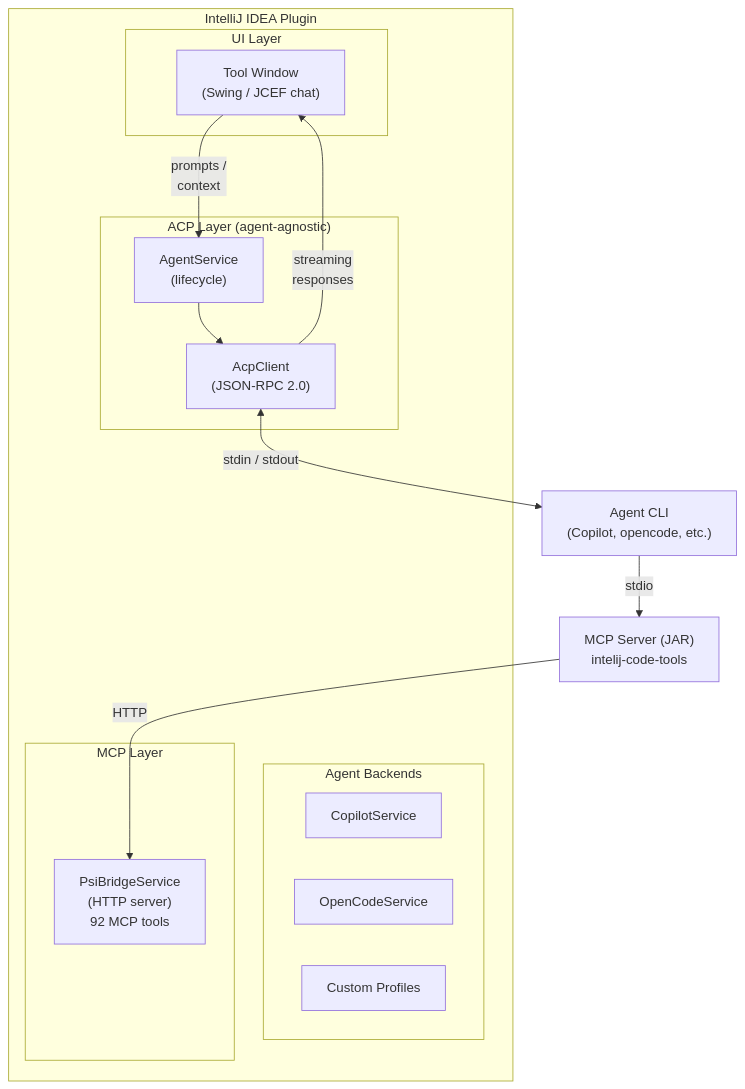
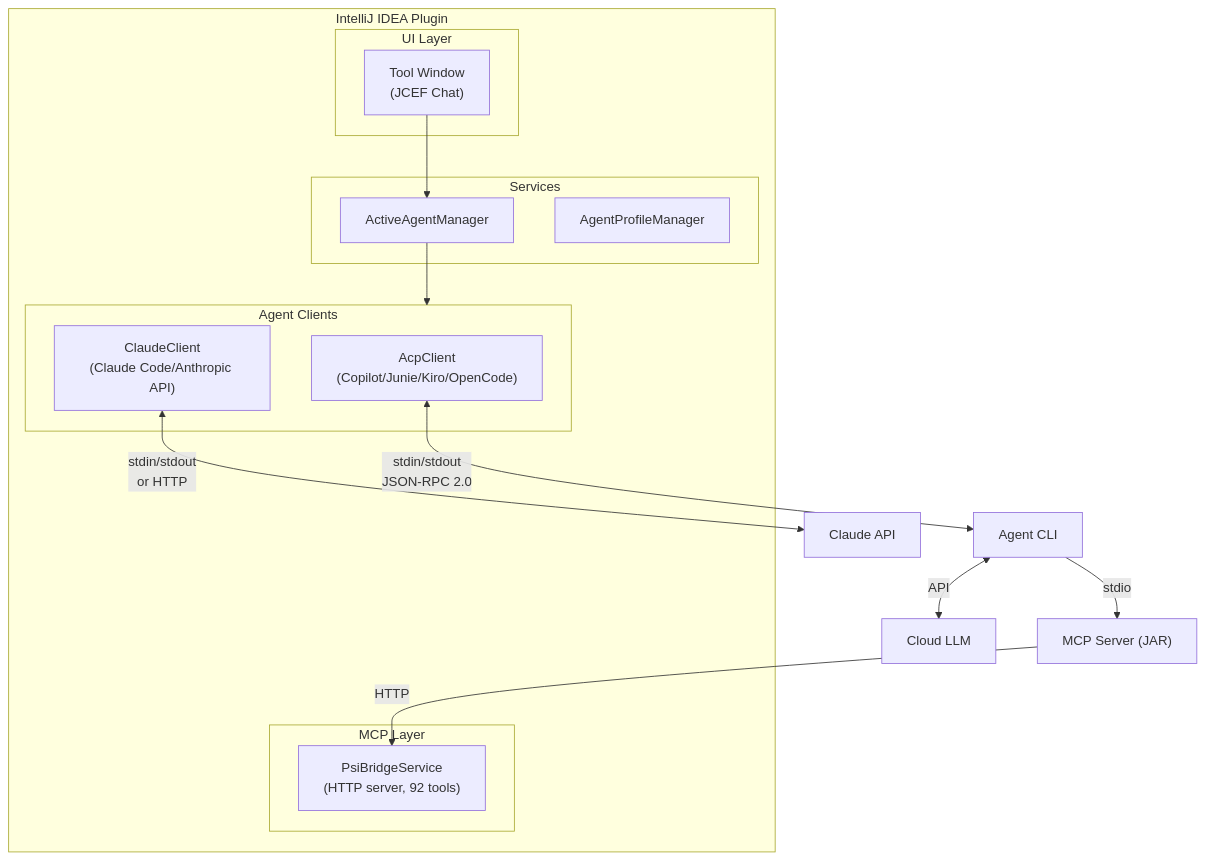
The diagram in README.md (catatafishen/ide-agent-for-copilot), drawn with Mermaid before and after one commit. The commit also changed other lines of this file and 1 other file, not shown here.

Commit message:
docs: convert diagrams to mermaid, fix tool call flow
- Convert ASCII diagrams to mermaid in docs/ARCHITECTURE.md
- Fix incorrect MCP Server → Cloud LLM connection
- Show correct round-trip: Agent CLI ↔ Cloud LLM, CLI → MCP → PSI
- Add Tool Call Round-Trip sequence diagram
- Update README.md architecture diagram to match actual classes
- Remove fictional service names (AgentService, CopilotService, etc.)
- Document actual classes: ActiveAgentManager, CopilotClient, etc.

````diff
--- a/README.md
+++ b/README.md
@@ -30,27 +30,27 @@
 ```mermaid
 graph TD
-    subgraph ij["IntelliJ IDEA Plugin"]
+    subgraph IDE["IntelliJ IDEA Plugin"]
         subgraph ui["UI Layer"]
-            TW["Tool Window\n(Swing / JCEF chat)"]
+            TW["Tool Window<br/>(JCEF Chat)"]
         end
-        subgraph acp["ACP Layer (agent-agnostic)"]
-            AS["AgentService\n(lifecycle)"]
-            AC["AcpClient\n(JSON-RPC 2.0)"]
-            AS --> AC
+        subgraph services["Services"]
+            AAM["ActiveAgentManager"]
+            APM["AgentProfileManager"]
         end
-        subgraph agents["Agent Backends"]
-            CS["CopilotService"]
-            OC["OpenCodeService"]
-            CP["Custom Profiles"]
+        subgraph clients["Agent Clients"]
+            AC["AcpClient<br/>(Copilot/Junie/Kiro/OpenCode)"]
+            CC["ClaudeClient<br/>(Claude Code/Anthropic API)"]
         end
         subgraph mcp["MCP Layer"]
-            PSI["PsiBridgeService\n(HTTP server)\n92 MCP tools"]
+            PSI["PsiBridgeService<br/>(HTTP server, 92 tools)"]
         end
-        TW -->|" prompts /\ncontext "| AS
-        AC -->|" streaming\nresponses "| TW
+        TW --> AAM
+        AAM --> clients
     end
 
-    AC <-->|" stdin / stdout "| CLI["Agent CLI\n(Copilot, opencode, etc.)"]
-    CLI -->|stdio| MCP["MCP Server (JAR)\nintelij-code-tools"]
-    MCP -->|HTTP| PSI
+    AC <-->|"stdin/stdout<br/>JSON-RPC 2.0"| CLI["Agent CLI"]
+    CC <-->|"stdin/stdout<br/>or HTTP"| CAPI["Claude API"]
+    CLI <-->|"API"| LLM["Cloud LLM"]
+    CLI -->|"stdio"| MCP["MCP Server (JAR)"]
+    MCP -->|"HTTP"| PSI
 ```
````
